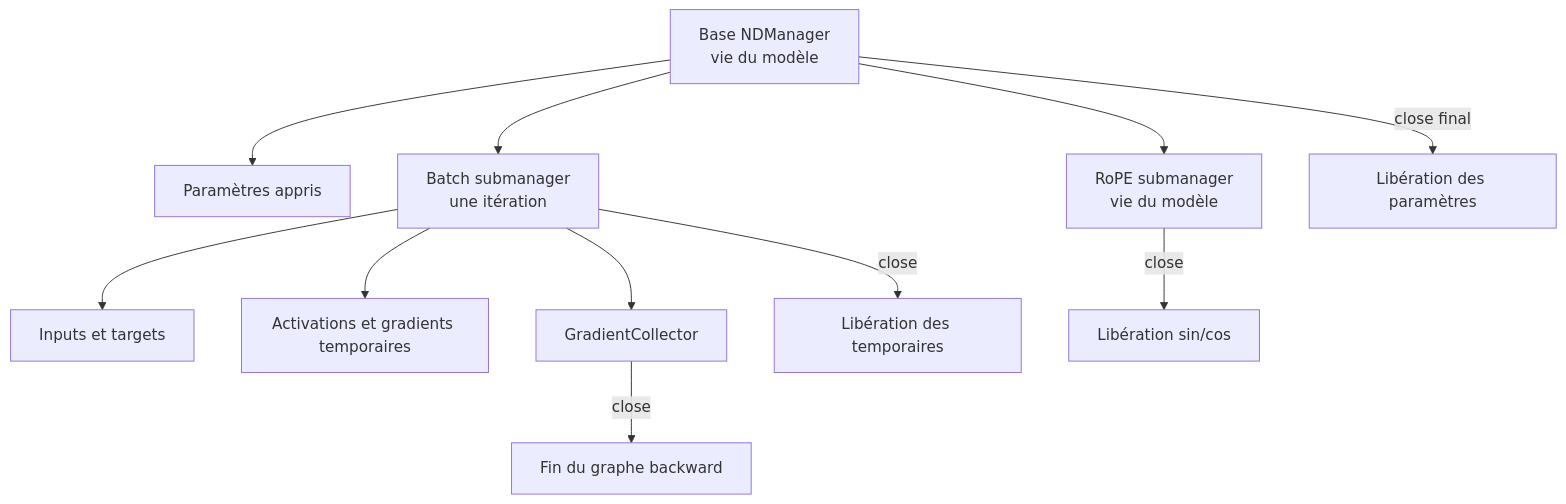
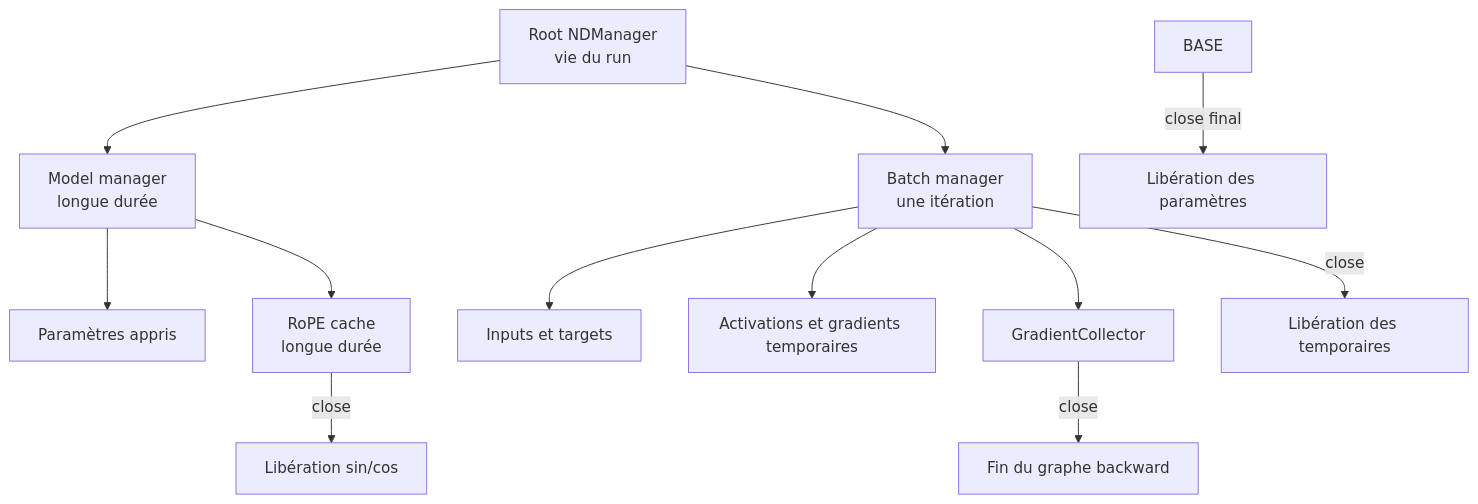
The first of 2 diagrams in docs/architecture/djl-memory-management.md (lxp-technologies/lxp-mini-1xm), drawn with Mermaid before and after one commit. The commit also changed other lines of this file and 36 other files, not shown here.

````diff
--- a/docs/architecture/djl-memory-management.md
+++ b/docs/architecture/djl-memory-management.md
@@ -9,13 +9,14 @@
 ```mermaid
 flowchart TD
-    BASE[Base NDManager<br/>vie du modèle] --> PARAMS[Paramètres appris]
-    BASE --> CACHE[RoPE submanager<br/>vie du modèle]
-    BASE --> BATCH[Batch submanager<br/>une itération]
+    ROOT[Root NDManager<br/>vie du run] --> MODEL[Model manager<br/>longue durée]
+    ROOT --> BATCH[Batch manager<br/>une itération]
+    MODEL --> PARAMS[Paramètres appris]
+    MODEL --> CACHE[RoPE cache<br/>longue durée]
     BATCH --> INPUT[Inputs et targets]
     BATCH --> ACT[Activations et gradients temporaires]
     BATCH --> GC[GradientCollector]
     GC -->|close| BACK[Fin du graphe backward]
     BATCH -->|close| FREE[Libération des temporaires]
     CACHE -->|close| FREECACHE[Libération sin/cos]
     BASE -->|close final| FREEALL[Libération des paramètres]
 ```
````
